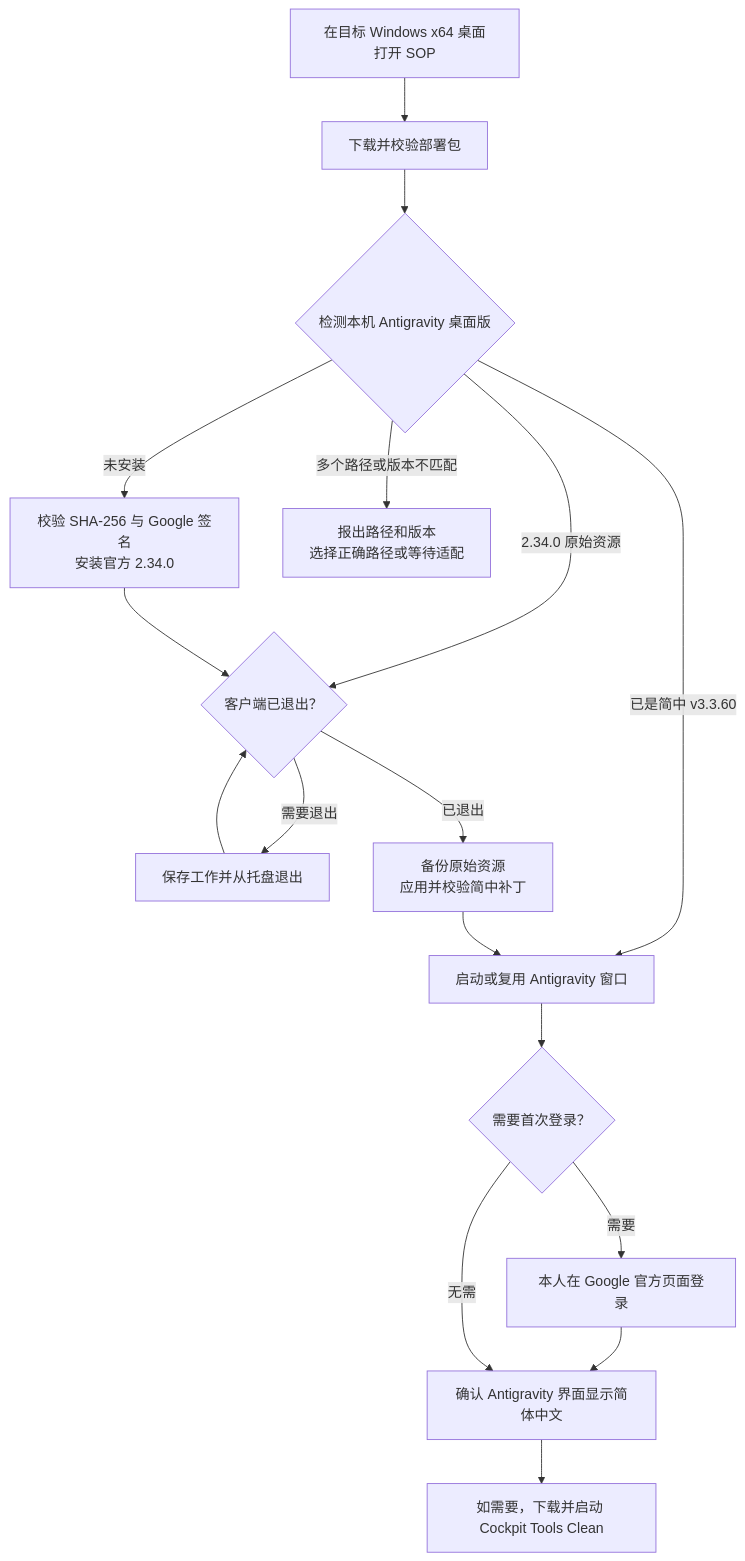
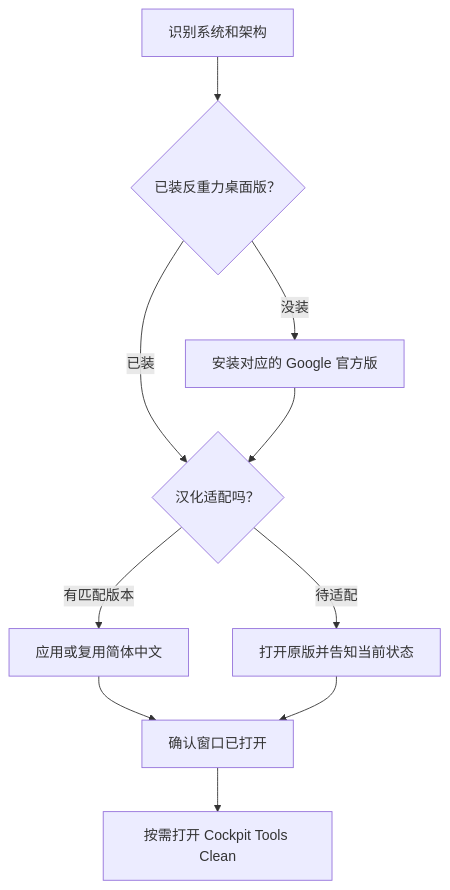
The diagram in docs/antigravity-setup.md (brienzahartzler176-sudo/cockpit-tools-clean), drawn with Mermaid before and after one commit. The commit also changed other lines of this file and 2 other files, not shown here.

````diff
--- a/docs/antigravity-setup.md
+++ b/docs/antigravity-setup.md
@@ -13,19 +14,12 @@
 ```mermaid
 flowchart TD
-    A["在目标 Windows x64 桌面打开 SOP"] --> B["下载并校验部署包"]
-    B --> C{"检测本机 Antigravity 桌面版"}
-    C -->|"未安装"| D["校验 SHA-256 与 Google 签名<br/>安装官方 2.34.0"]
-    C -->|"2.34.0 原始资源"| E{"客户端已退出？"}
-    C -->|"已是简中 v3.3.60"| H["启动或复用 Antigravity 窗口"]
-    C -->|"多个路径或版本不匹配"| F["报出路径和版本<br/>选择正确路径或等待适配"]
-    D --> E
-    E -->|"需要退出"| G["保存工作并从托盘退出"]
-    G --> E
-    E -->|"已退出"| I["备份原始资源<br/>应用并校验简中补丁"]
-    I --> H
-    H --> J{"需要首次登录？"}
-    J -->|"需要"| K["本人在 Google 官方页面登录"]
-    K --> L["确认 Antigravity 界面显示简体中文"]
-    J -->|"无需"| L
-    L --> M["如需要，下载并启动 Cockpit Tools Clean"]
+    A["识别系统和架构"] --> B{"已装反重力桌面版？"}
+    B -->|"已装"| D{"汉化适配吗？"}
+    B -->|"没装"| C["安装对应的 Google 官方版"]
+    C --> D
+    D -->|"有匹配版本"| E["应用或复用简体中文"]
+    D -->|"待适配"| F["打开原版并告知当前状态"]
+    E --> G["确认窗口已打开"]
+    F --> G
+    G --> H["按需打开 Cockpit Tools Clean"]
 ```
````
